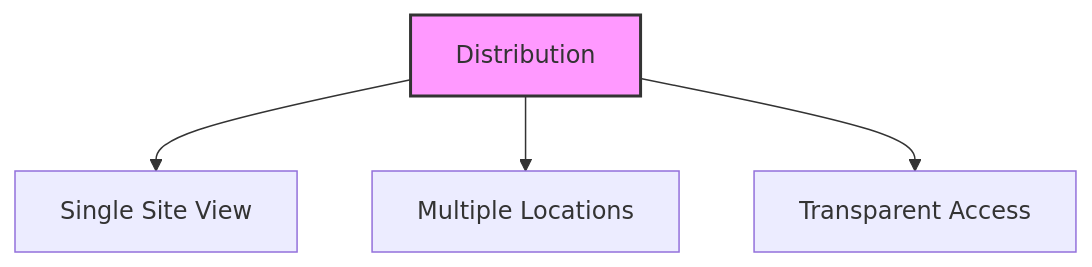
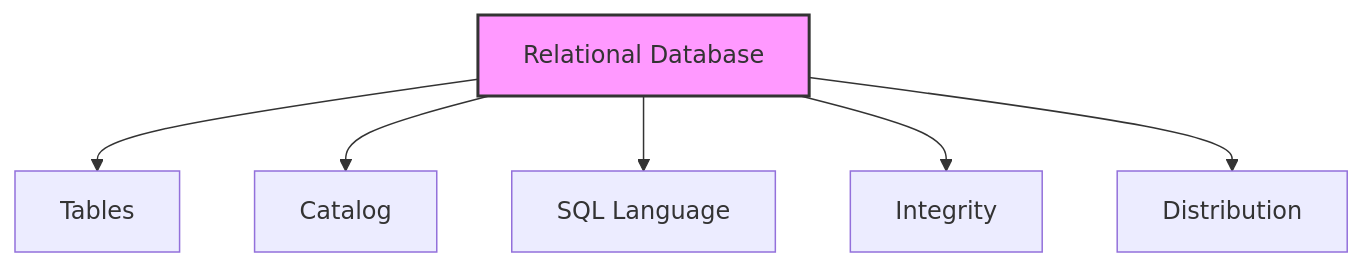
One commit to fistasolutions/learn-database-unicorndevelopers changed the diagram in 10coddsrule.md. Above: the diagram before and after it, drawn with Mermaid. The commit also changed other lines of this file and 37 other files, not shown here.

````diff
--- a/10coddsrule.md
+++ b/10coddsrule.md
@@ -105,7 +32,9 @@
 ```mermaid
 graph TD
-    A[Distribution] --> B[Single Site View]
-    A --> C[Multiple Locations]
-    A --> D[Transparent Access]
+    A[Relational Database] --> B[Tables]
+    A --> C[Catalog]
+    A --> D[SQL Language]
+    A --> E[Integrity]
+    A --> F[Distribution]
     style A fill:#f9f,stroke:#333,stroke-width:2px
 ```
````
